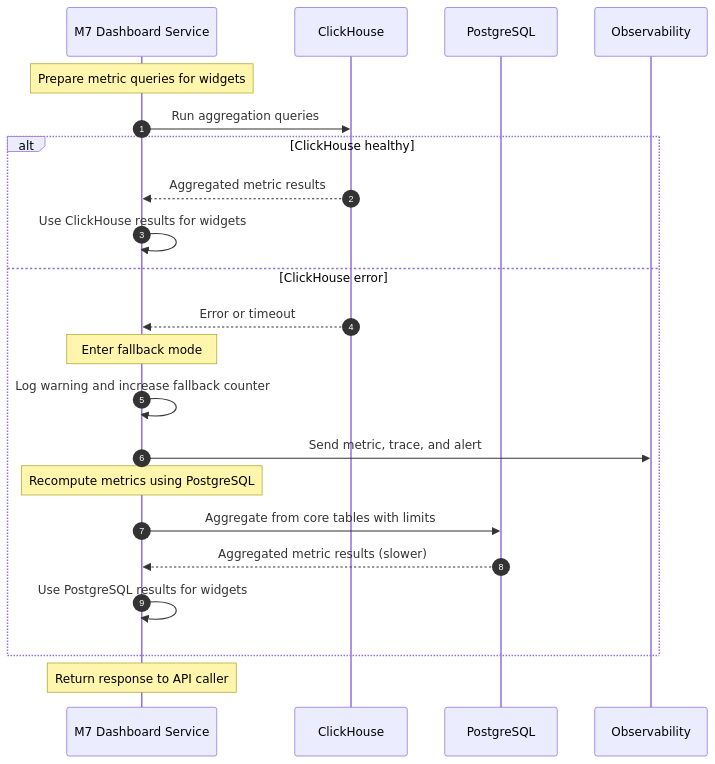
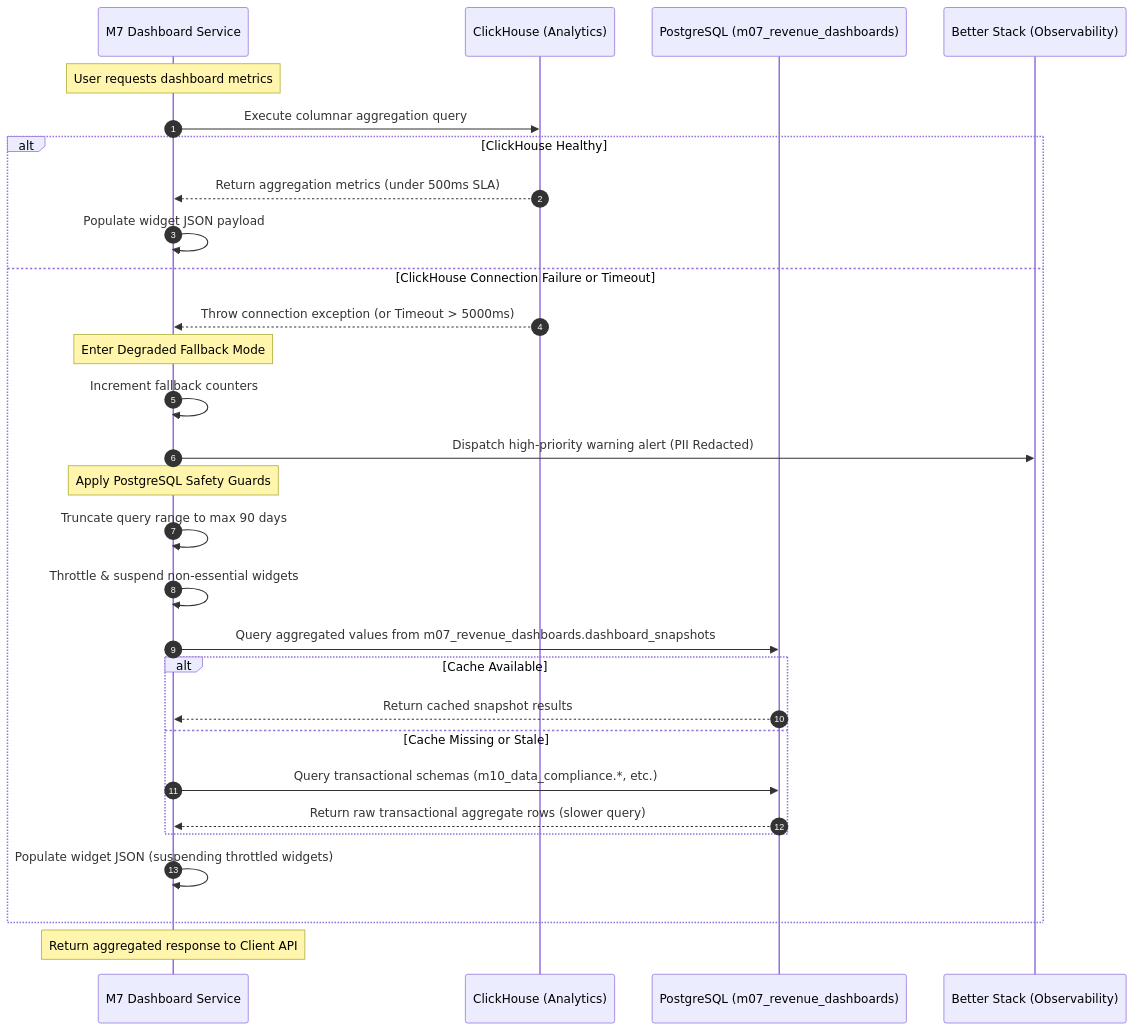
Before and after one commit to PoojaTiwari09/FB-and-RP-Fixes: the diagram in Reference documents/M7 Revenue Dashboards/sequence diagrams/sequence-clickhouse-fallback.md, drawn with Mermaid. The commit also changed other lines of this file and 79 other files, not shown here.

````diff
--- a/Reference documents/M7 Revenue Dashboards/sequence diagrams/sequence-clickhouse-fallback.md
+++ b/Reference documents/M7 Revenue Dashboards/sequence diagrams/sequence-clickhouse-fallback.md
@@ -28,33 +29,40 @@
 ```mermaid
 sequenceDiagram
     autonumber
 
     participant D as M7 Dashboard Service
-    participant C as ClickHouse
-    participant P as PostgreSQL
-    participant O as Observability
+    participant C as ClickHouse (Analytics)
+    participant P as PostgreSQL (m07_revenue_dashboards)
+    participant B as Better Stack (Observability)
 
-    Note over D: Prepare metric queries for widgets
-
-    D->>C: Run aggregation queries
-    alt ClickHouse healthy
-        C-->>D: Aggregated metric results
-        D->>D: Use ClickHouse results for widgets
-    else ClickHouse error
-        C-->>D: Error or timeout
-
-        Note over D: Enter fallback mode
-
-        D->>D: Log warning and increase fallback counter
-        D->>O: Send metric, trace, and alert
-
-        Note over D: Recompute metrics using PostgreSQL
-
-        D->>P: Aggregate from core tables with limits
-        P-->>D: Aggregated metric results (slower)
-
-        D->>D: Use PostgreSQL results for widgets
+    Note over D: User requests dashboard metrics
+    D->>C: Execute columnar aggregation query
+    
+    alt ClickHouse Healthy
+        C-->>D: Return aggregation metrics (under 500ms SLA)
+        D->>D: Populate widget JSON payload
+    else ClickHouse Connection Failure or Timeout
+        C-->>D: Throw connection exception (or Timeout > 5000ms)
+        
+        Note over D: Enter Degraded Fallback Mode
+        
+        D->>D: Increment fallback counters
+        D->>B: Dispatch high-priority warning alert (PII Redacted)
+        
+        Note over D: Apply PostgreSQL Safety Guards
+        D->>D: Truncate query range to max 90 days
+        D->>D: Throttle & suspend non-essential widgets
+        
+        D->>P: Query aggregated values from m07_revenue_dashboards.dashboard_snapshots
+        alt Cache Available
+            P-->>D: Return cached snapshot results
+        else Cache Missing or Stale
+            D->>P: Query transactional schemas (m10_data_compliance.*, etc.)
+            P-->>D: Return raw transactional aggregate rows (slower query)
+        end
+        
+        D->>D: Populate widget JSON (suspending throttled widgets)
     end
-
-    Note over D: Return response to API caller
+    
+    Note over D: Return aggregated response to Client API
 ```
````
